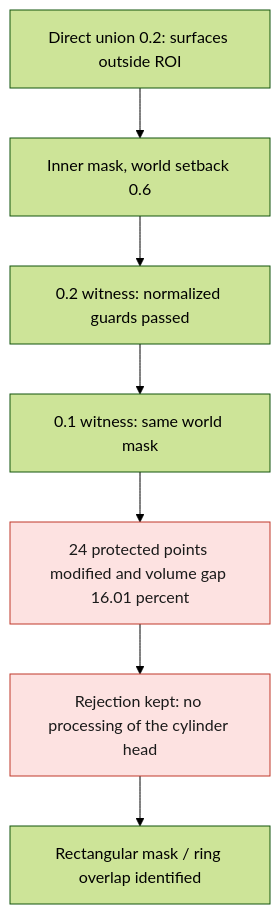
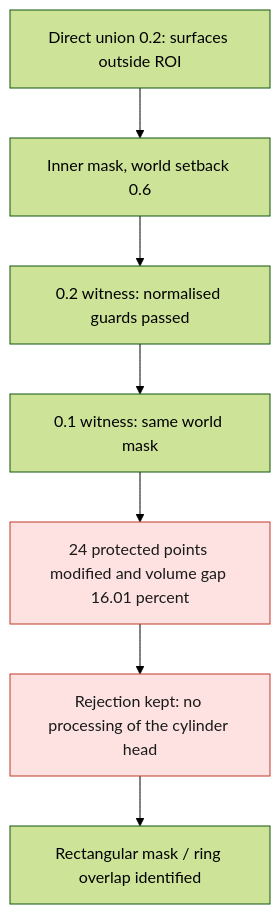
One commit to cluster2600/porscheparts changed the first of 3 diagrams in docs/reports/M64_PICOGK_LOCAL_JUNCTION_WITNESS_20260908.md. Above: the diagram before and after it, drawn with Mermaid (forest theme). The commit also changed other lines of this file and 480 other files, not shown here.

````diff
--- a/docs/reports/M64_PICOGK_LOCAL_JUNCTION_WITNESS_20260908.md
+++ b/docs/reports/M64_PICOGK_LOCAL_JUNCTION_WITNESS_20260908.md
@@ -17,11 +17,11 @@
 ```mermaid
 flowchart TD
     A["Direct union 0.2: surfaces outside ROI"] --> B["Inner mask, world setback 0.6"]
-    B --> C["0.2 witness: normalized guards passed"]
+    B --> C["0.2 witness: normalised guards passed"]
     C --> D["0.1 witness: same world mask"]
     D --> E["24 protected points modified and volume gap 16.01 percent"]
     E --> F["Rejection kept: no processing of the cylinder head"]
     F --> G["Rectangular mask / ring overlap identified"]
     classDef stop fill:#fde2e1,stroke:#c0392b,color:#1a1a1a;
     class E,F stop;
 ```
````
